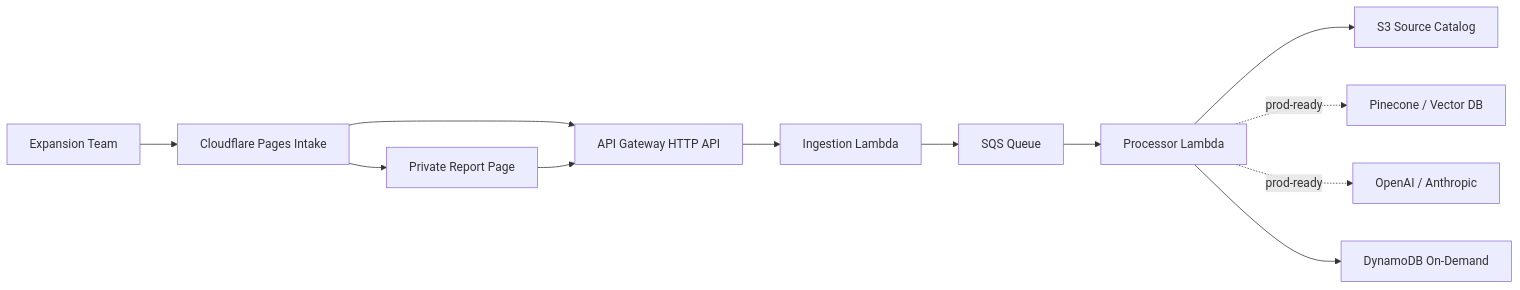
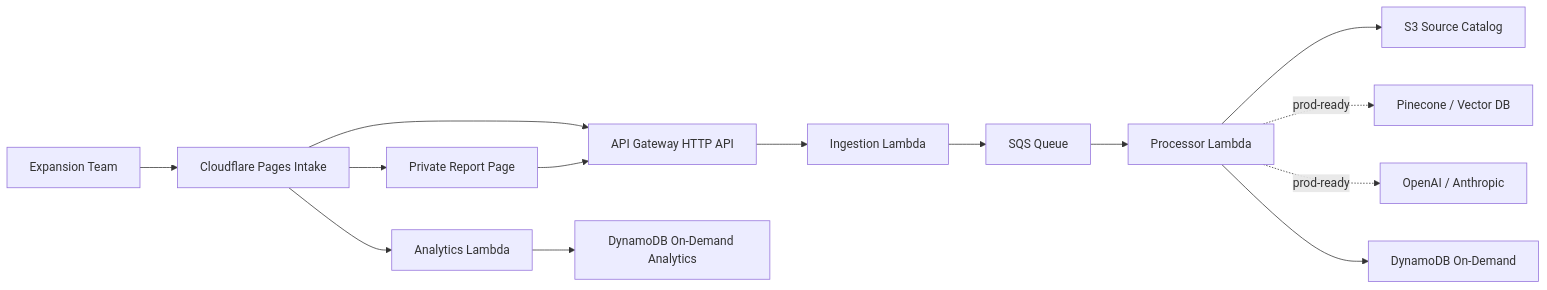
The diagram in README.md (manynames3/grantstack), drawn with Mermaid before and after one commit. The commit also changed other lines of this file and 22 other files, not shown here.

````diff
--- a/README.md
+++ b/README.md
@@ -70,14 +72,16 @@
 ```mermaid
 flowchart LR
   User["Expansion Team"] --> Site["Cloudflare Pages Intake"]
   Site --> Api["API Gateway HTTP API"]
   Api --> Ingest["Ingestion Lambda"]
   Ingest --> Queue["SQS Queue"]
   Queue --> Processor["Processor Lambda"]
   Processor --> Catalog["S3 Source Catalog"]
   Processor -. prod-ready .-> Vector["Pinecone / Vector DB"]
   Processor -. prod-ready .-> LLM["OpenAI / Anthropic"]
   Processor --> DDB["DynamoDB On-Demand"]
   Site --> Report["Private Report Page"]
   Report --> Api
+  Site --> Analytics["Analytics Lambda"]
+  Analytics --> AnalyticsDDB["DynamoDB On-Demand Analytics"]
 ```
````
